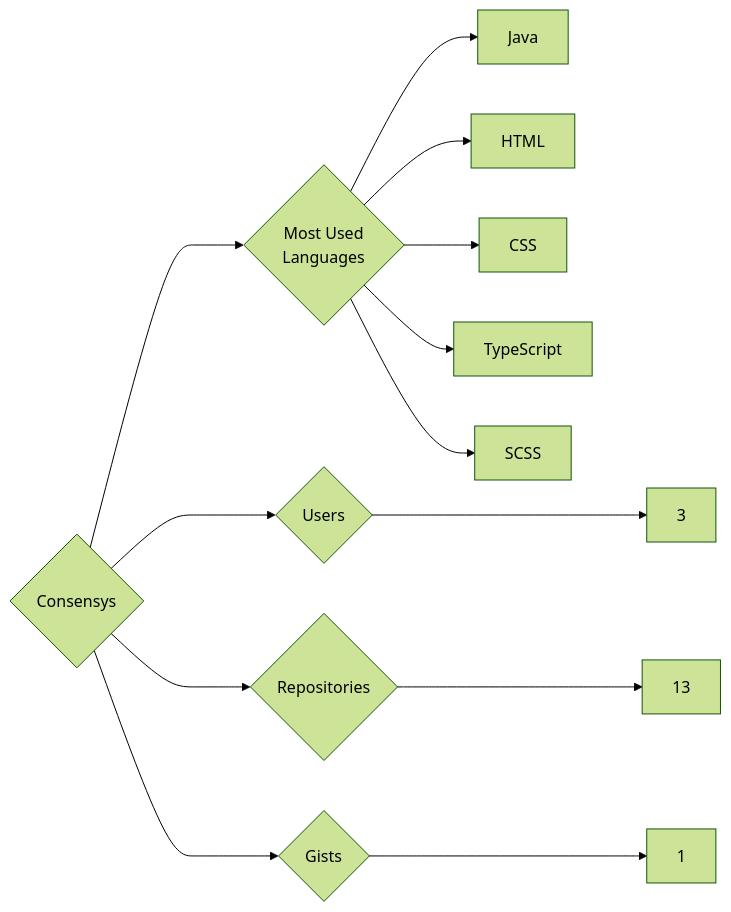
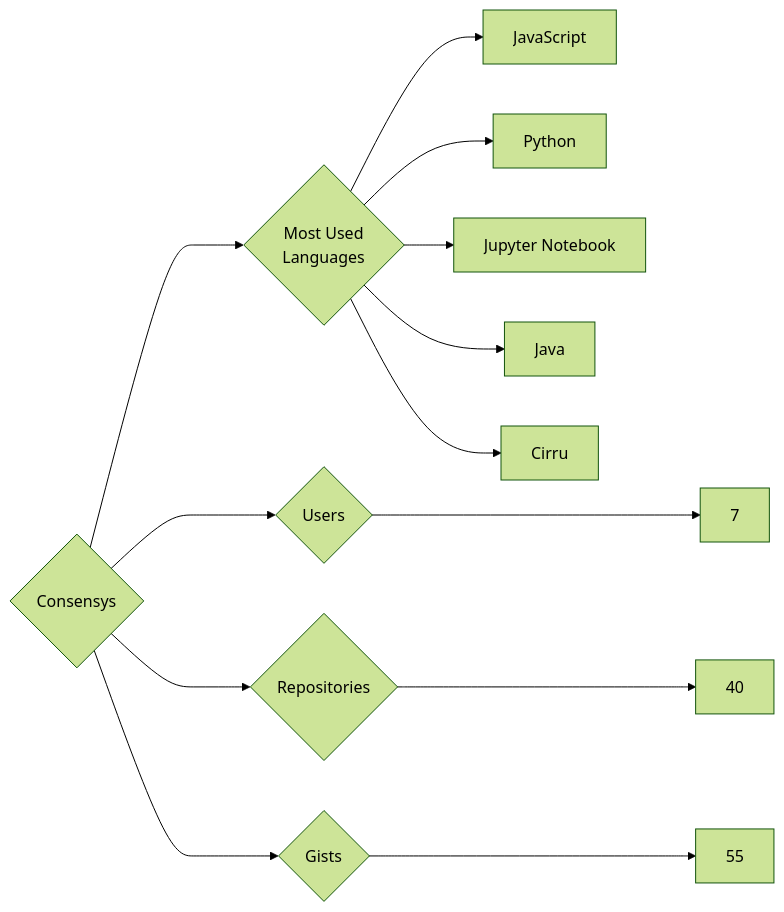
The diagram in targets/Consensys/README.md (trickest/insiders), drawn with Mermaid (forest theme) before and after one commit. The commit also changed 1003 other files, not shown here.

````diff
--- a/targets/Consensys/README.md
+++ b/targets/Consensys/README.md
@@ -3,13 +3,13 @@
 ```mermaid
 graph LR
 COMPANY_NAME{Consensys}
-COMPANY_NAME ---> U{Users} ---> UN[3]
-COMPANY_NAME ---> R{Repositories} ---> RN[13]
-COMPANY_NAME ---> G{Gists} ---> GN[1]
+COMPANY_NAME ---> U{Users} ---> UN[7]
+COMPANY_NAME ---> R{Repositories} ---> RN[40]
+COMPANY_NAME ---> G{Gists} ---> GN[55]
 COMPANY_NAME ---> ML{Most Used<br>Languages}
+ML --> JavaScript[JavaScript]
+ML --> Python[Python]
+ML --> Jupyter_Notebook[Jupyter Notebook]
 ML --> Java[Java]
-ML --> HTML[HTML]
-ML --> CSS[CSS]
-ML --> TypeScript[TypeScript]
-ML --> SCSS[SCSS]
+ML --> Cirru[Cirru]
 ```
````
